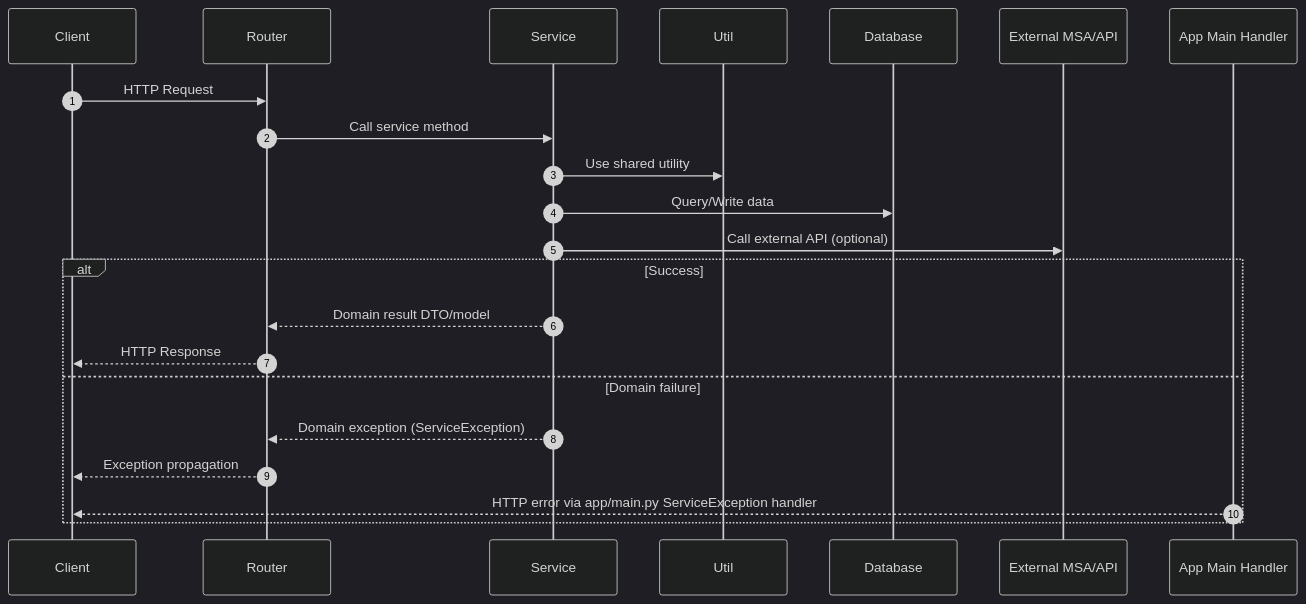
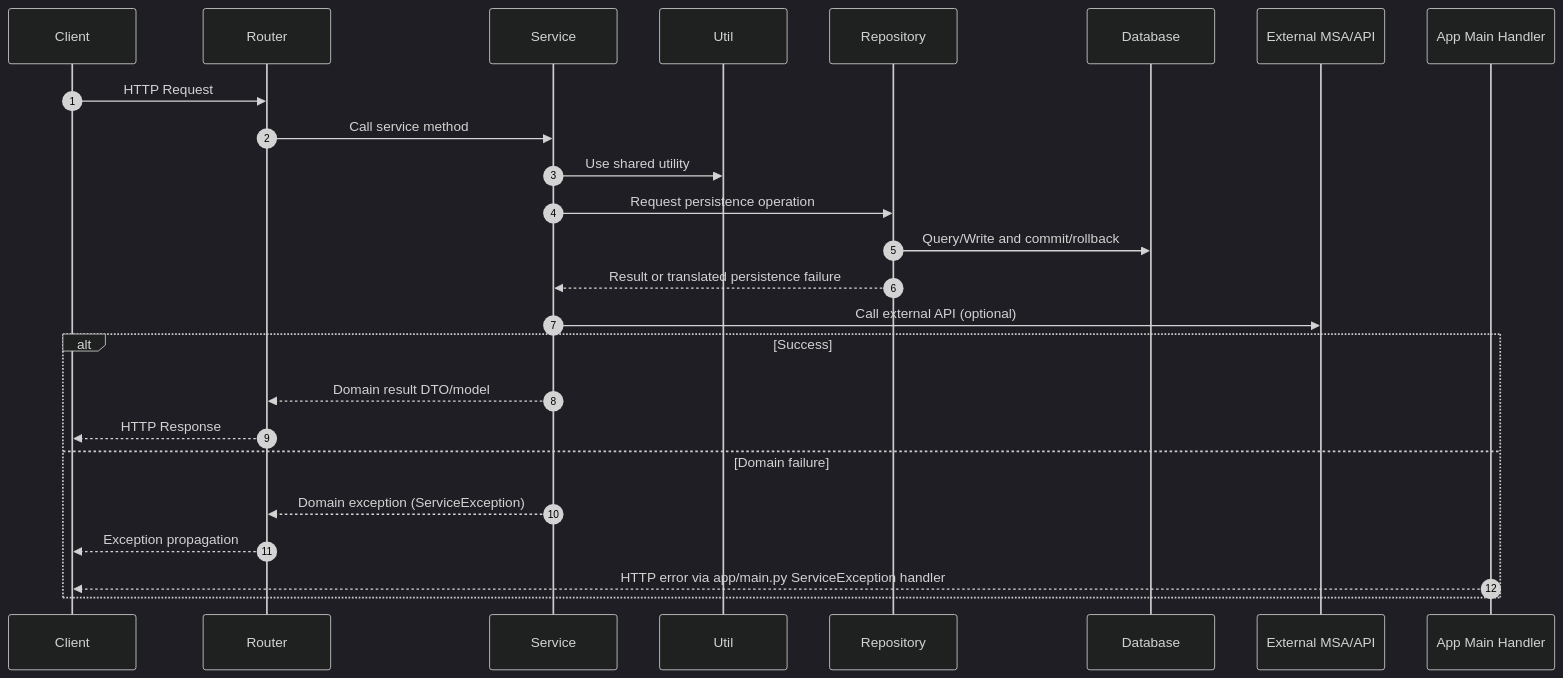
The third of 4 diagrams in notes/ko/backend/BACKEND.md (Blueprint4Agent/B4FastAPI), drawn with Mermaid (dark theme) before and after one commit. The commit also changed other lines of this file and 16 other files, not shown here.

````diff
--- a/notes/ko/backend/BACKEND.md
+++ b/notes/ko/backend/BACKEND.md
@@ -199,25 +201,28 @@
 ```mermaid
 sequenceDiagram
     autonumber
     participant C as Client
     participant R as Router
     participant S as Service
     participant U as Util
+    participant P as Repository
     participant DB as Database
     participant X as External MSA/API
     participant M as App Main Handler
 
     C->>R: HTTP Request
     R->>S: Call service method
     S->>U: Use shared utility
-    S->>DB: Query/Write data
+    S->>P: Request persistence operation
+    P->>DB: Query/Write and commit/rollback
+    P-->>S: Result or translated persistence failure
     S->>X: Call external API (optional)
     alt Success
         S-->>R: Domain result DTO/model
         R-->>C: HTTP Response
     else Domain failure
         S-->>R: Domain exception (ServiceException)
         R-->>C: Exception propagation
         M-->>C: HTTP error via app/main.py ServiceException handler
     end
 ```
````
